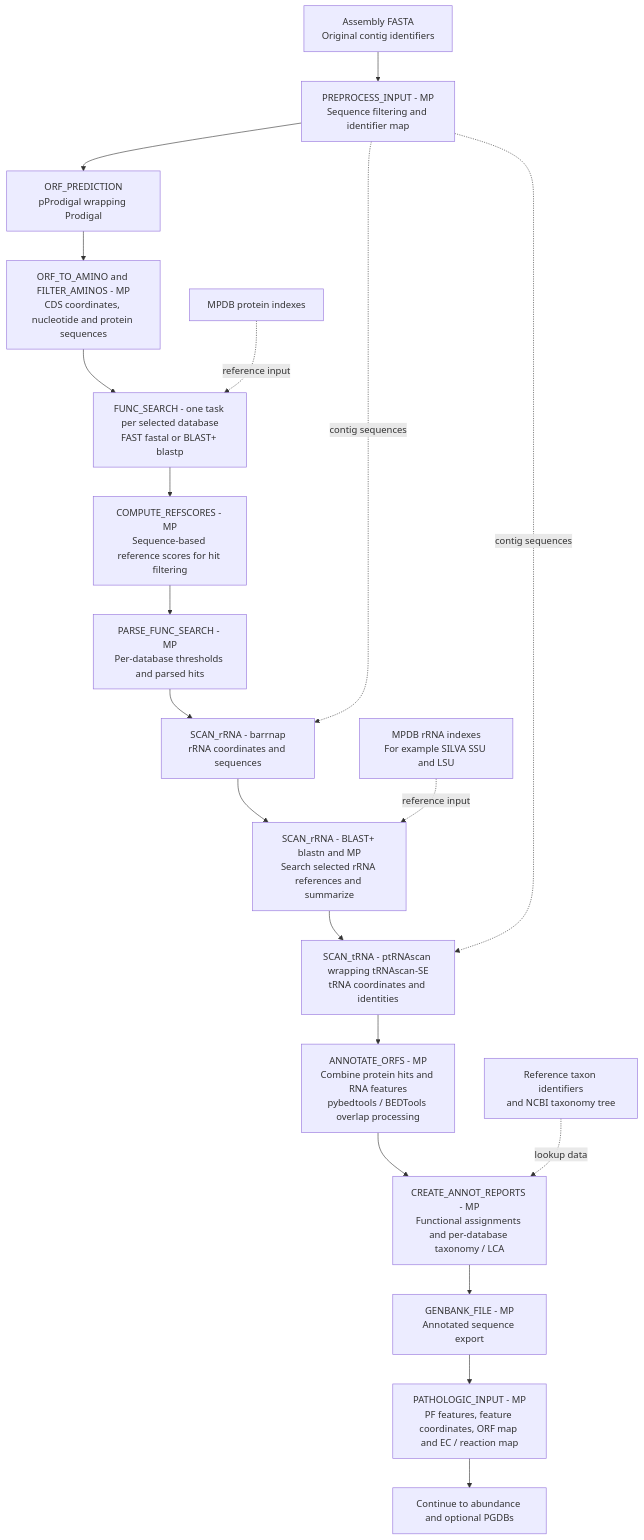
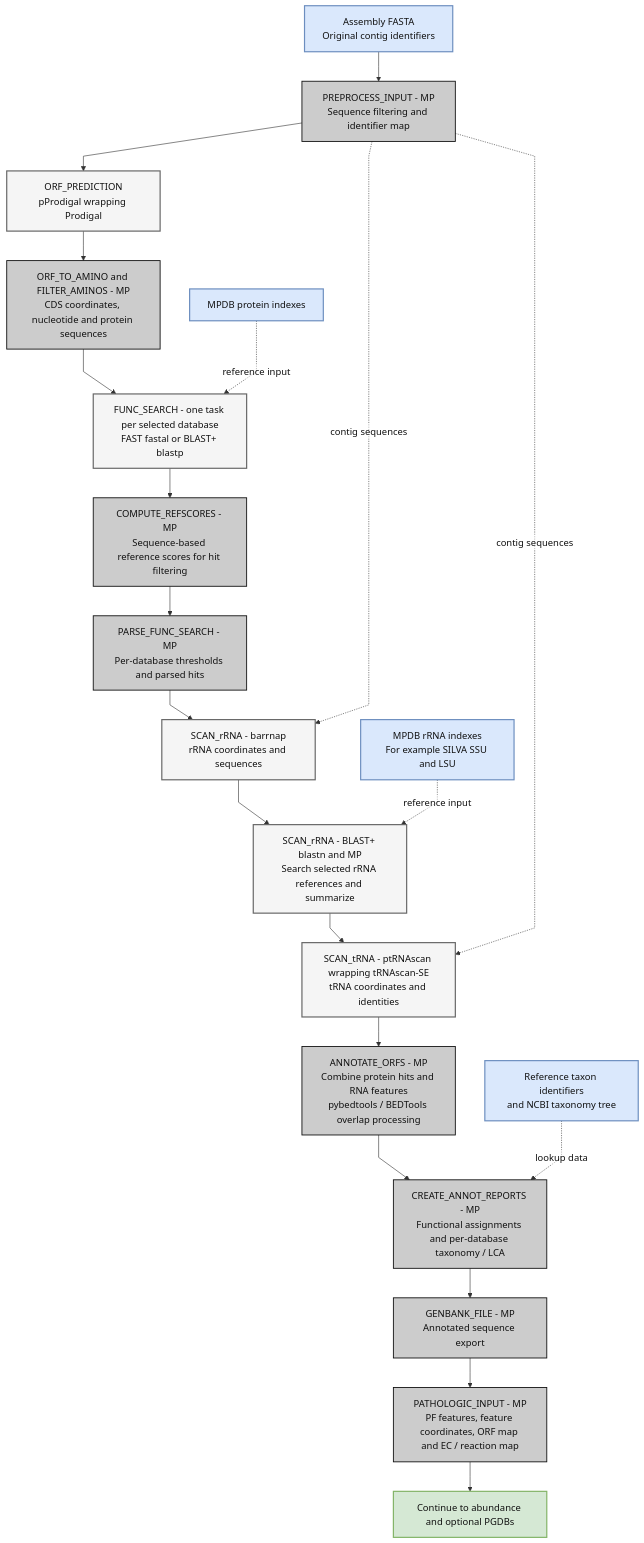
Before and after one commit to hallamlab/MetaPathways: the second of 3 diagrams in docs/detailed-workflow.md, drawn with Mermaid. The commit also changed other lines of this file and 10 other files, not shown here.

Commit message:
Adapt appnote workflow SVG and align documentation diagram styling

````diff
--- a/docs/detailed-workflow.md
+++ b/docs/detailed-workflow.md
@@ -58,22 +68,32 @@
 ```mermaid
+%%{init: {"theme":"base","fontFamily":"Times New Roman, Times, serif","themeVariables":{"fontFamily":"Times New Roman, Times, serif","fontSize":"16px","primaryColor":"#CCCCCC","primaryTextColor":"#111111","primaryBorderColor":"#666666","secondaryColor":"#DAE8FC","tertiaryColor":"#F5F5F5","lineColor":"#333333","edgeLabelBackground":"#FFFFFF","background":"#FFFFFF"},"flowchart":{"htmlLabels":false,"curve":"linear"}}}%%
 flowchart TB
     ASM["Assembly FASTA<br/>Original contig identifiers"] --> QC["PREPROCESS_INPUT - MP<br/>Sequence filtering and identifier map"]
     QC --> ORF["ORF_PREDICTION<br/>pProdigal wrapping Prodigal"]
     ORF --> AA["ORF_TO_AMINO and FILTER_AMINOS - MP<br/>CDS coordinates, nucleotide and protein sequences"]
     AA --> SEARCH["FUNC_SEARCH - one task per selected database<br/>FAST fastal or BLAST+ blastp"]
     DB["MPDB protein indexes"] -. reference input .-> SEARCH
     SEARCH --> SCORE["COMPUTE_REFSCORES - MP<br/>Sequence-based reference scores for hit filtering"]
     SCORE --> PARSE["PARSE_FUNC_SEARCH - MP<br/>Per-database thresholds and parsed hits"]
     PARSE --> RRNA["SCAN_rRNA - barrnap<br/>rRNA coordinates and sequences"]
     QC -. contig sequences .-> RRNA
     RRNA --> SILVA["SCAN_rRNA - BLAST+ blastn and MP<br/>Search selected rRNA references and summarize"]
     RDB["MPDB rRNA indexes<br/>For example SILVA SSU and LSU"] -. reference input .-> SILVA
     SILVA --> TRNA["SCAN_tRNA - ptRNAscan wrapping tRNAscan-SE<br/>tRNA coordinates and identities"]
     QC -. contig sequences .-> TRNA
     TRNA --> ANN["ANNOTATE_ORFS - MP<br/>Combine protein hits and RNA features<br/>pybedtools / BEDTools overlap processing"]
     ANN --> REPORTS["CREATE_ANNOT_REPORTS - MP<br/>Functional assignments and per-database taxonomy / LCA"]
     TAX["Reference taxon identifiers<br/>and NCBI taxonomy tree"] -. lookup data .-> REPORTS
     REPORTS --> GBK["GENBANK_FILE - MP<br/>Annotated sequence export"]
     GBK --> PI["PATHOLOGIC_INPUT - MP<br/>PF features, feature coordinates, ORF map and EC / reaction map"]
     PI --> NEXT["Continue to abundance and optional PGDBs"]
+    classDef module fill:#CCCCCC,stroke:#111111,stroke-width:1.5px,color:#111111;
+    classDef compute fill:#F5F5F5,stroke:#666666,stroke-width:2px,color:#111111;
+    classDef input fill:#DAE8FC,stroke:#6C8EBF,stroke-width:2px,color:#111111;
+    classDef output fill:#D5E8D4,stroke:#82B366,stroke-width:2px,color:#111111;
+    classDef data fill:#FFFFFF,stroke:#666666,stroke-width:1.5px,color:#111111;
+    class ASM,DB,RDB,TAX input;
+    class QC,AA,SCORE,PARSE,ANN,REPORTS,GBK,PI module;
+    class ORF,SEARCH,RRNA,SILVA,TRNA compute;
+    class NEXT output;
 ```
````
